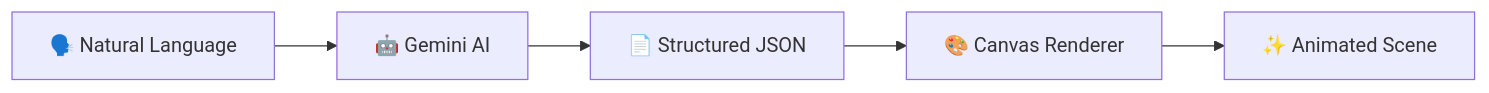
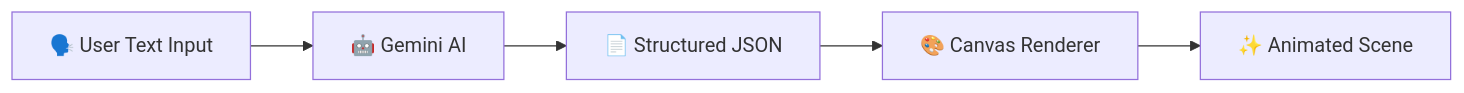
Before and after one commit to muhammedashharps/stickman: the first of 7 diagrams in GEMINI_INTEGRATION.md, drawn with Mermaid. The commit also changed other lines of this file, not shown here.

````diff
--- a/GEMINI_INTEGRATION.md
+++ b/GEMINI_INTEGRATION.md
@@ -17,7 +17,7 @@
 ```mermaid
 graph LR
-    A["🗣️ Natural Language"] --> B["🤖 Gemini AI"]
+    A["🗣️ User Text Input"] --> B["🤖 Gemini AI"]
     B --> C["📄 Structured JSON"]
     C --> D["🎨 Canvas Renderer"]
     D --> E["✨ Animated Scene"]
 ```
````
